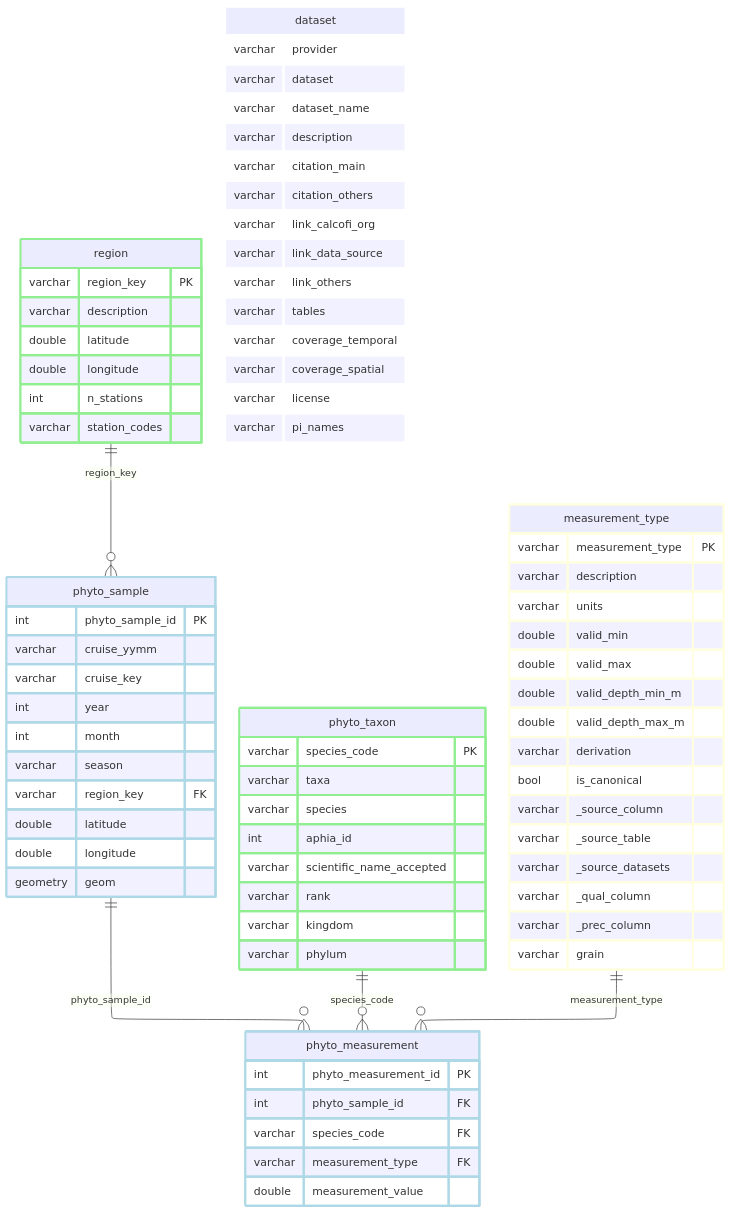
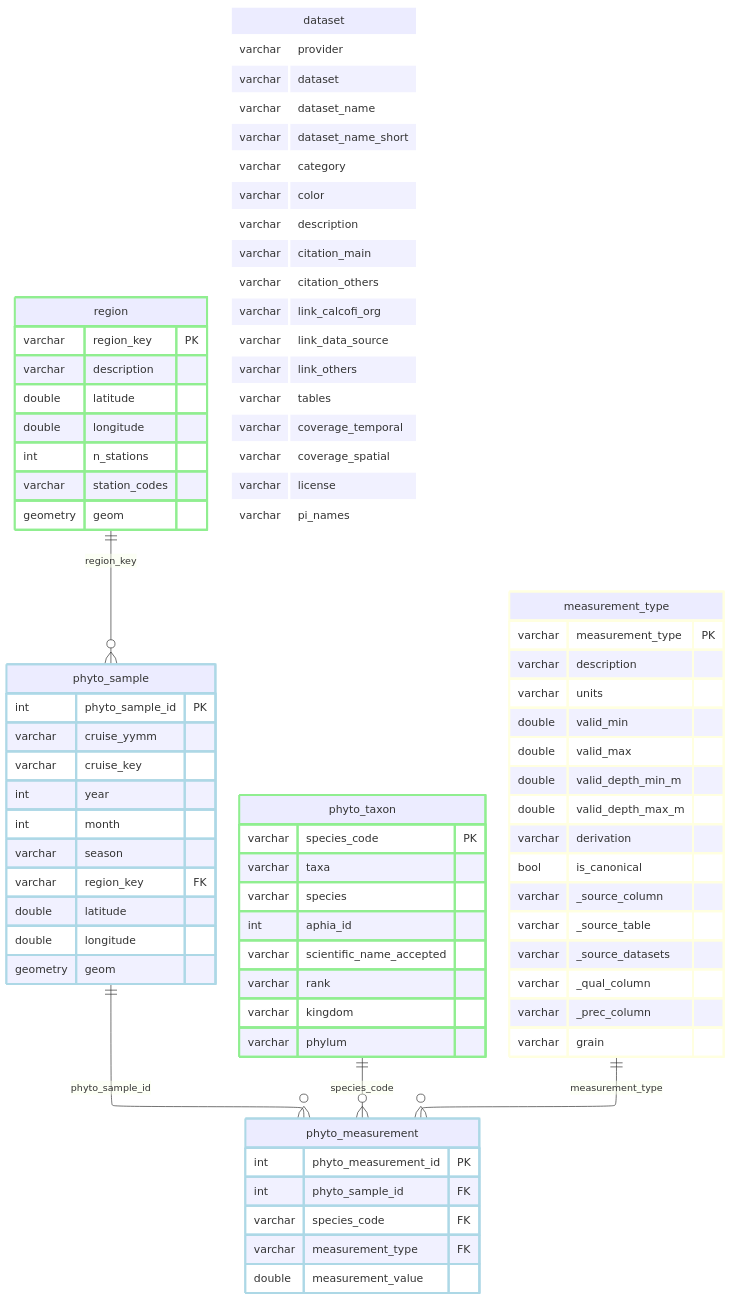
Before and after one commit to CalCOFI/workflows: the diagram in _output/ingest_calcofi_phytoplankton_files/figure-html/finalize-1.mmd, drawn with Mermaid. The commit also changed 44 other files, not shown here.

```diff
--- a/_output/ingest_calcofi_phytoplankton_files/figure-html/finalize-1.mmd
+++ b/_output/ingest_calcofi_phytoplankton_files/figure-html/finalize-1.mmd
@@ -1,87 +1,91 @@
 ---
 config:
   layout: elk
 ---
 erDiagram
     phyto_sample {
         int phyto_sample_id PK
         varchar cruise_yymm
         varchar cruise_key
         int year
         int month
         varchar season
         varchar region_key FK
         double latitude
         double longitude
         geometry geom
     }
     phyto_measurement {
         int phyto_measurement_id PK
         int phyto_sample_id FK
         varchar species_code FK
         varchar measurement_type FK
         double measurement_value
     }
     phyto_taxon {
         varchar species_code PK
         varchar taxa
         varchar species
         int aphia_id
         varchar scientific_name_accepted
         varchar rank
         varchar kingdom
         varchar phylum
     }
     region {
         varchar region_key PK
         varchar description
         double latitude
         double longitude
         int n_stations
         varchar station_codes
+        geometry geom
     }
     measurement_type {
         varchar measurement_type PK
         varchar description
         varchar units
         double valid_min
         double valid_max
         double valid_depth_min_m
         double valid_depth_max_m
         varchar derivation
         bool is_canonical
         varchar _source_column
         varchar _source_table
         varchar _source_datasets
         varchar _qual_column
         varchar _prec_column
         varchar grain
     }
     dataset {
         varchar provider
         varchar dataset
         varchar dataset_name
+        varchar dataset_name_short
+        varchar category
+        varchar color
         varchar description
         varchar citation_main
         varchar citation_others
         varchar link_calcofi_org
         varchar link_data_source
         varchar link_others
         varchar tables
         varchar coverage_temporal
         varchar coverage_spatial
         varchar license
         varchar pi_names
     }
     region ||--o{ phyto_sample : "region_key"
     phyto_sample ||--o{ phyto_measurement : "phyto_sample_id"
     phyto_taxon ||--o{ phyto_measurement : "species_code"
     measurement_type ||--o{ phyto_measurement : "measurement_type"
     classDef lightblue stroke:#ADD8E6,stroke-width:3px
     class phyto_sample,phyto_measurement lightblue
     classDef lightgreen stroke:#90EE90,stroke-width:3px
     class phyto_taxon,region lightgreen
     classDef lightyellow stroke:#FFFFE0,stroke-width:3px
     class measurement_type lightyellow
     classDef white stroke:#FFFFFF,stroke-width:3px
     class dataset white
```
